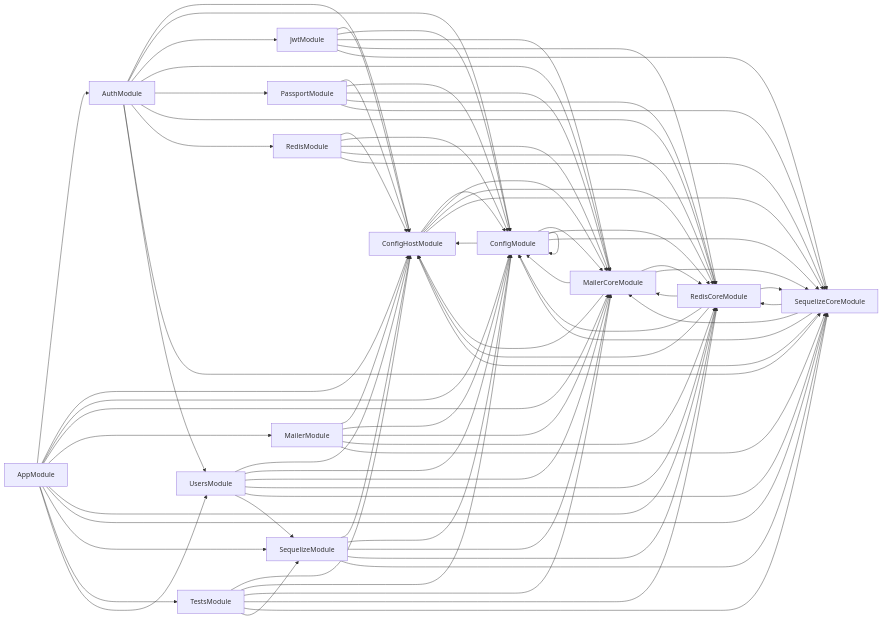
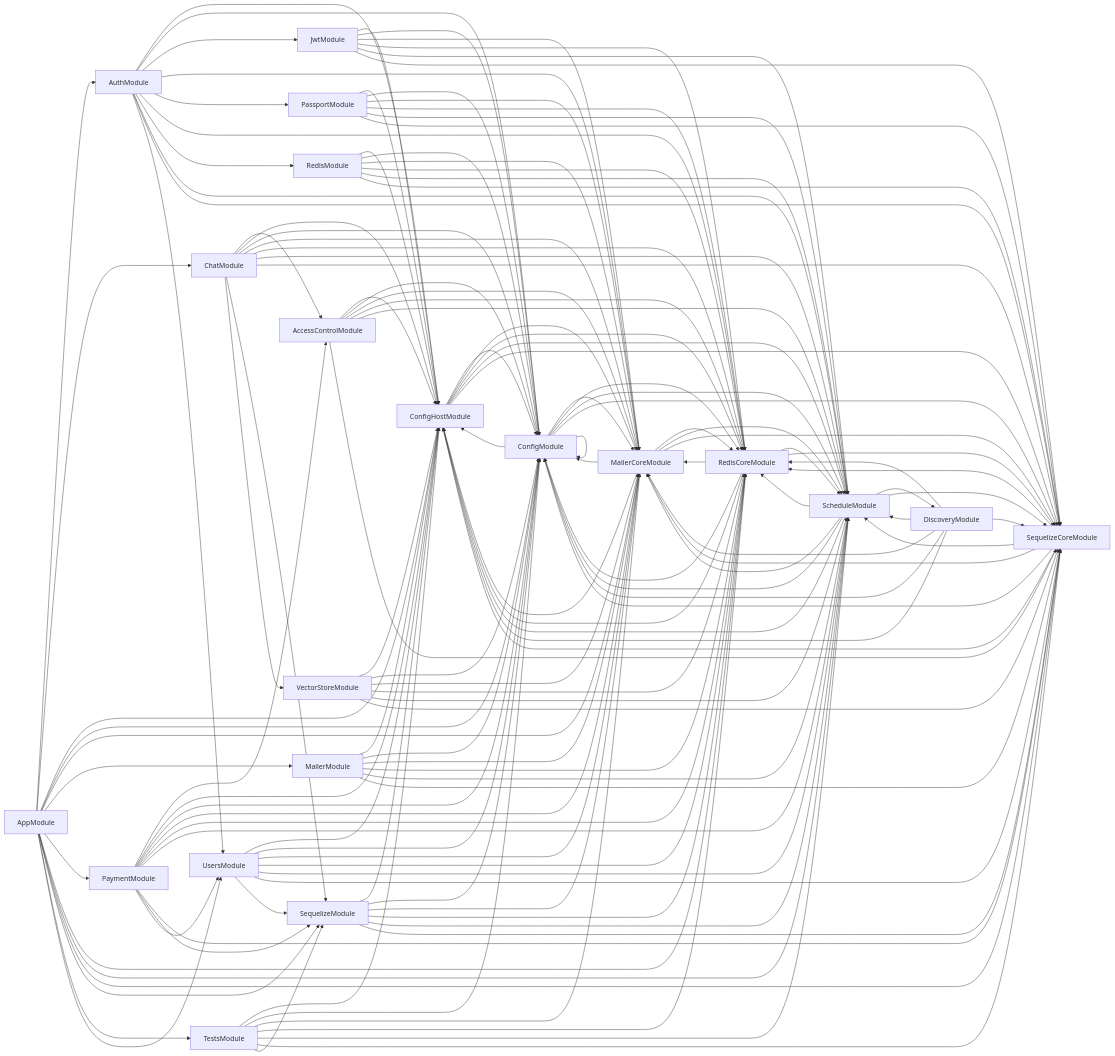
The diagram in deps.mermaid (tiawai/csc13010-tiawai-server), drawn with Mermaid before and after one commit. The commit also changed 25 other files, not shown here.

```diff
--- a/deps.mermaid
+++ b/deps.mermaid
@@ -1,78 +1,136 @@
 graph LR
-    AppModule-->AuthModule
+    AccessControlModule-->ConfigHostModule
+  AccessControlModule-->ConfigModule
+  AccessControlModule-->MailerCoreModule
+  AccessControlModule-->RedisCoreModule
+  AccessControlModule-->ScheduleModule
+  AccessControlModule-->SequelizeCoreModule
+  AppModule-->AuthModule
+  AppModule-->ChatModule
   AppModule-->ConfigHostModule
   AppModule-->ConfigModule
   AppModule-->MailerCoreModule
   AppModule-->MailerModule
+  AppModule-->PaymentModule
   AppModule-->RedisCoreModule
+  AppModule-->ScheduleModule
   AppModule-->SequelizeCoreModule
   AppModule-->SequelizeModule
   AppModule-->TestsModule
   AppModule-->UsersModule
   AuthModule-->ConfigHostModule
   AuthModule-->ConfigModule
   AuthModule-->JwtModule
   AuthModule-->MailerCoreModule
   AuthModule-->PassportModule
   AuthModule-->RedisCoreModule
   AuthModule-->RedisModule
+  AuthModule-->ScheduleModule
   AuthModule-->SequelizeCoreModule
   AuthModule-->UsersModule
+  ChatModule-->AccessControlModule
+  ChatModule-->ConfigHostModule
+  ChatModule-->ConfigModule
+  ChatModule-->MailerCoreModule
+  ChatModule-->RedisCoreModule
+  ChatModule-->ScheduleModule
+  ChatModule-->SequelizeCoreModule
+  ChatModule-->SequelizeModule
+  ChatModule-->VectorStoreModule
   ConfigHostModule-->ConfigModule
   ConfigHostModule-->MailerCoreModule
   ConfigHostModule-->RedisCoreModule
+  ConfigHostModule-->ScheduleModule
   ConfigHostModule-->SequelizeCoreModule
   ConfigModule-->ConfigHostModule
   ConfigModule-->ConfigModule
   ConfigModule-->MailerCoreModule
   ConfigModule-->RedisCoreModule
+  ConfigModule-->ScheduleModule
   ConfigModule-->SequelizeCoreModule
+  DiscoveryModule-->ConfigHostModule
+  DiscoveryModule-->ConfigModule
+  DiscoveryModule-->MailerCoreModule
+  DiscoveryModule-->RedisCoreModule
+  DiscoveryModule-->ScheduleModule
+  DiscoveryModule-->SequelizeCoreModule
   JwtModule-->ConfigHostModule
   JwtModule-->ConfigModule
   JwtModule-->MailerCoreModule
   JwtModule-->RedisCoreModule
+  JwtModule-->ScheduleModule
   JwtModule-->SequelizeCoreModule
   MailerCoreModule-->ConfigHostModule
   MailerCoreModule-->ConfigModule
   MailerCoreModule-->RedisCoreModule
+  MailerCoreModule-->ScheduleModule
   MailerCoreModule-->SequelizeCoreModule
   MailerModule-->ConfigHostModule
   MailerModule-->ConfigModule
   MailerModule-->MailerCoreModule
   MailerModule-->RedisCoreModule
+  MailerModule-->ScheduleModule
   MailerModule-->SequelizeCoreModule
   PassportModule-->ConfigHostModule
   PassportModule-->ConfigModule
   PassportModule-->MailerCoreModule
   PassportModule-->RedisCoreModule
+  PassportModule-->ScheduleModule
   PassportModule-->SequelizeCoreModule
+  PaymentModule-->AccessControlModule
+  PaymentModule-->ConfigHostModule
+  PaymentModule-->ConfigModule
+  PaymentModule-->MailerCoreModule
+  PaymentModule-->RedisCoreModule
+  PaymentModule-->ScheduleModule
+  PaymentModule-->SequelizeCoreModule
+  PaymentModule-->SequelizeModule
+  PaymentModule-->UsersModule
   RedisCoreModule-->ConfigHostModule
   RedisCoreModule-->ConfigModule
   RedisCoreModule-->MailerCoreModule
+  RedisCoreModule-->ScheduleModule
   RedisCoreModule-->SequelizeCoreModule
   RedisModule-->ConfigHostModule
   RedisModule-->ConfigModule
   RedisModule-->MailerCoreModule
   RedisModule-->RedisCoreModule
+  RedisModule-->ScheduleModule
   RedisModule-->SequelizeCoreModule
+  ScheduleModule-->ConfigHostModule
+  ScheduleModule-->ConfigModule
+  ScheduleModule-->DiscoveryModule
+  ScheduleModule-->MailerCoreModule
+  ScheduleModule-->RedisCoreModule
+  ScheduleModule-->SequelizeCoreModule
   SequelizeCoreModule-->ConfigHostModule
   SequelizeCoreModule-->ConfigModule
   SequelizeCoreModule-->MailerCoreModule
   SequelizeCoreModule-->RedisCoreModule
+  SequelizeCoreModule-->ScheduleModule
   SequelizeModule-->ConfigHostModule
   SequelizeModule-->ConfigModule
   SequelizeModule-->MailerCoreModule
   SequelizeModule-->RedisCoreModule
+  SequelizeModule-->ScheduleModule
   SequelizeModule-->SequelizeCoreModule
   TestsModule-->ConfigHostModule
   TestsModule-->ConfigModule
   TestsModule-->MailerCoreModule
   TestsModule-->RedisCoreModule
+  TestsModule-->ScheduleModule
   TestsModule-->SequelizeCoreModule
   TestsModule-->SequelizeModule
   UsersModule-->ConfigHostModule
   UsersModule-->ConfigModule
   UsersModule-->MailerCoreModule
   UsersModule-->RedisCoreModule
+  UsersModule-->ScheduleModule
   UsersModule-->SequelizeCoreModule
   UsersModule-->SequelizeModule
+  VectorStoreModule-->ConfigHostModule
+  VectorStoreModule-->ConfigModule
+  VectorStoreModule-->MailerCoreModule
+  VectorStoreModule-->RedisCoreModule
+  VectorStoreModule-->ScheduleModule
+  VectorStoreModule-->SequelizeCoreModule
```
